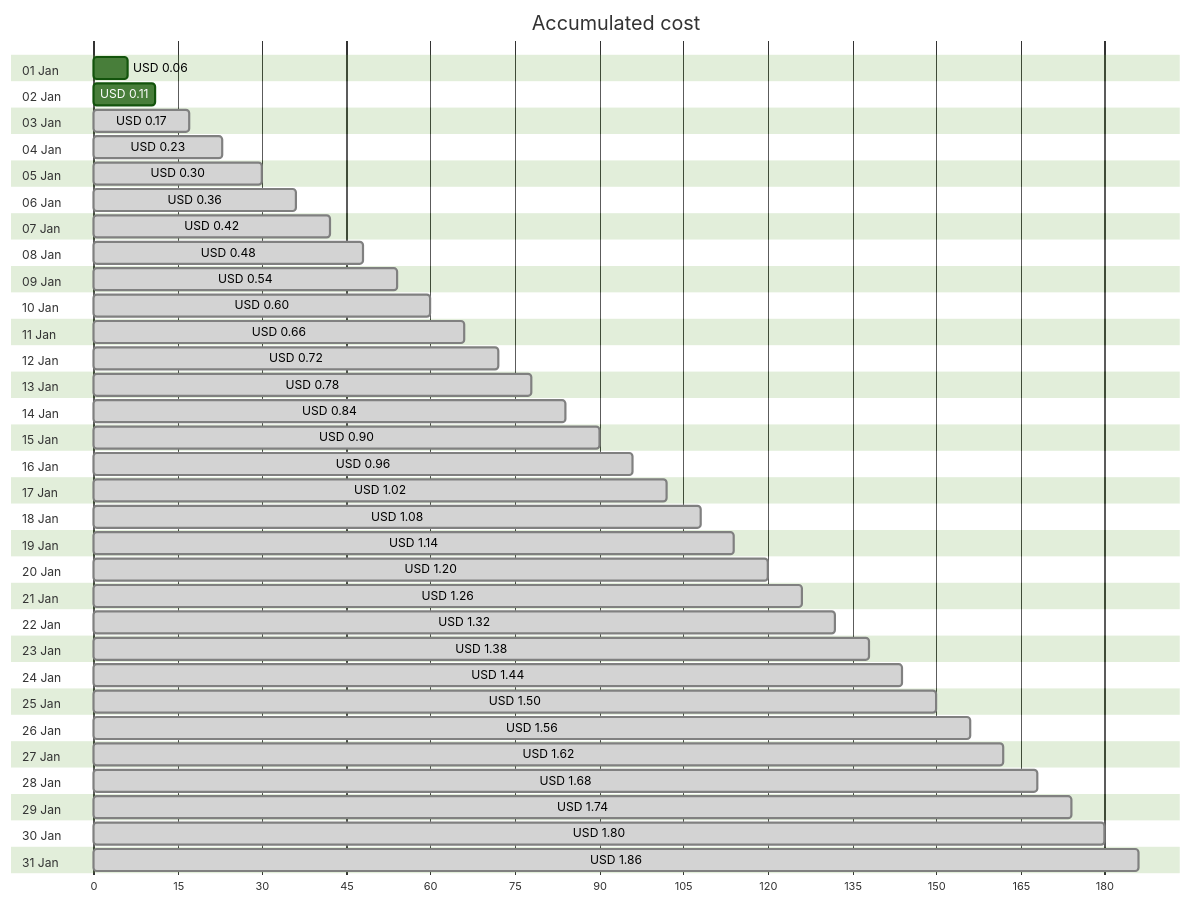
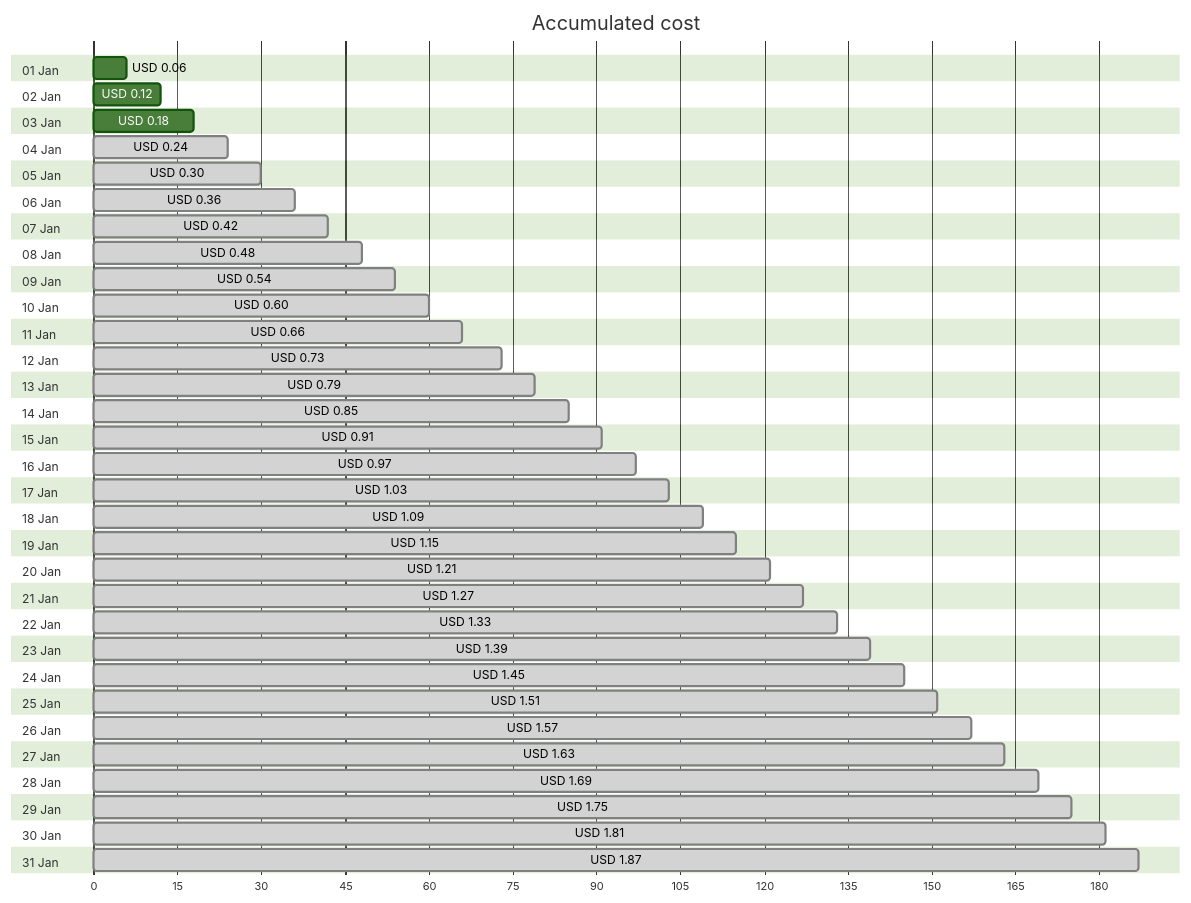
The first of 4 diagrams in cost-reports/personal-network/backup-server_OsDisk.md (jpfulton/azure-personal-reports), drawn with Mermaid (forest theme) before and after one commit. The commit also changed other lines of this file and 8 other files, not shown here.

````diff
--- a/cost-reports/personal-network/backup-server_OsDisk.md
+++ b/cost-reports/personal-network/backup-server_OsDisk.md
@@ -20,68 +20,68 @@
 ```mermaid
 gantt
    title Accumulated cost
    dateFormat  X
    axisFormat %s
    section 01 Jan
    USD 0.06 :0, 6
    section 02 Jan
-   USD 0.11 :0, 11
+   USD 0.12 :0, 12
    section 03 Jan
-   USD 0.17 : done, 0, 17
+   USD 0.18 :0, 18
    section 04 Jan
-   USD 0.23 : done, 0, 23
+   USD 0.24 : done, 0, 24
    section 05 Jan
    USD 0.30 : done, 0, 30
    section 06 Jan
    USD 0.36 : done, 0, 36
    section 07 Jan
    USD 0.42 : done, 0, 42
    section 08 Jan
    USD 0.48 : done, 0, 48
    section 09 Jan
    USD 0.54 : done, 0, 54
    section 10 Jan
    USD 0.60 : done, 0, 60
    section 11 Jan
    USD 0.66 : done, 0, 66
    section 12 Jan
-   USD 0.72 : done, 0, 72
+   USD 0.73 : done, 0, 73
    section 13 Jan
-   USD 0.78 : done, 0, 78
+   USD 0.79 : done, 0, 79
    section 14 Jan
-   USD 0.84 : done, 0, 84
+   USD 0.85 : done, 0, 85
    section 15 Jan
-   USD 0.90 : done, 0, 90
+   USD 0.91 : done, 0, 91
    section 16 Jan
-   USD 0.96 : done, 0, 96
+   USD 0.97 : done, 0, 97
    section 17 Jan
-   USD 1.02 : done, 0, 102
+   USD 1.03 : done, 0, 103
    section 18 Jan
-   USD 1.08 : done, 0, 108
+   USD 1.09 : done, 0, 109
    section 19 Jan
-   USD 1.14 : done, 0, 114
+   USD 1.15 : done, 0, 115
    section 20 Jan
-   USD 1.20 : done, 0, 120
+   USD 1.21 : done, 0, 121
    section 21 Jan
-   USD 1.26 : done, 0, 126
+   USD 1.27 : done, 0, 127
    section 22 Jan
-   USD 1.32 : done, 0, 132
+   USD 1.33 : done, 0, 133
    section 23 Jan
-   USD 1.38 : done, 0, 138
+   USD 1.39 : done, 0, 139
    section 24 Jan
-   USD 1.44 : done, 0, 144
+   USD 1.45 : done, 0, 145
    section 25 Jan
-   USD 1.50 : done, 0, 150
+   USD 1.51 : done, 0, 151
    section 26 Jan
-   USD 1.56 : done, 0, 156
+   USD 1.57 : done, 0, 157
    section 27 Jan
-   USD 1.62 : done, 0, 162
+   USD 1.63 : done, 0, 163
    section 28 Jan
-   USD 1.68 : done, 0, 168
+   USD 1.69 : done, 0, 169
    section 29 Jan
-   USD 1.74 : done, 0, 174
+   USD 1.75 : done, 0, 175
    section 30 Jan
-   USD 1.80 : done, 0, 180
+   USD 1.81 : done, 0, 181
    section 31 Jan
-   USD 1.86 : done, 0, 186
+   USD 1.87 : done, 0, 187
 ```
````
